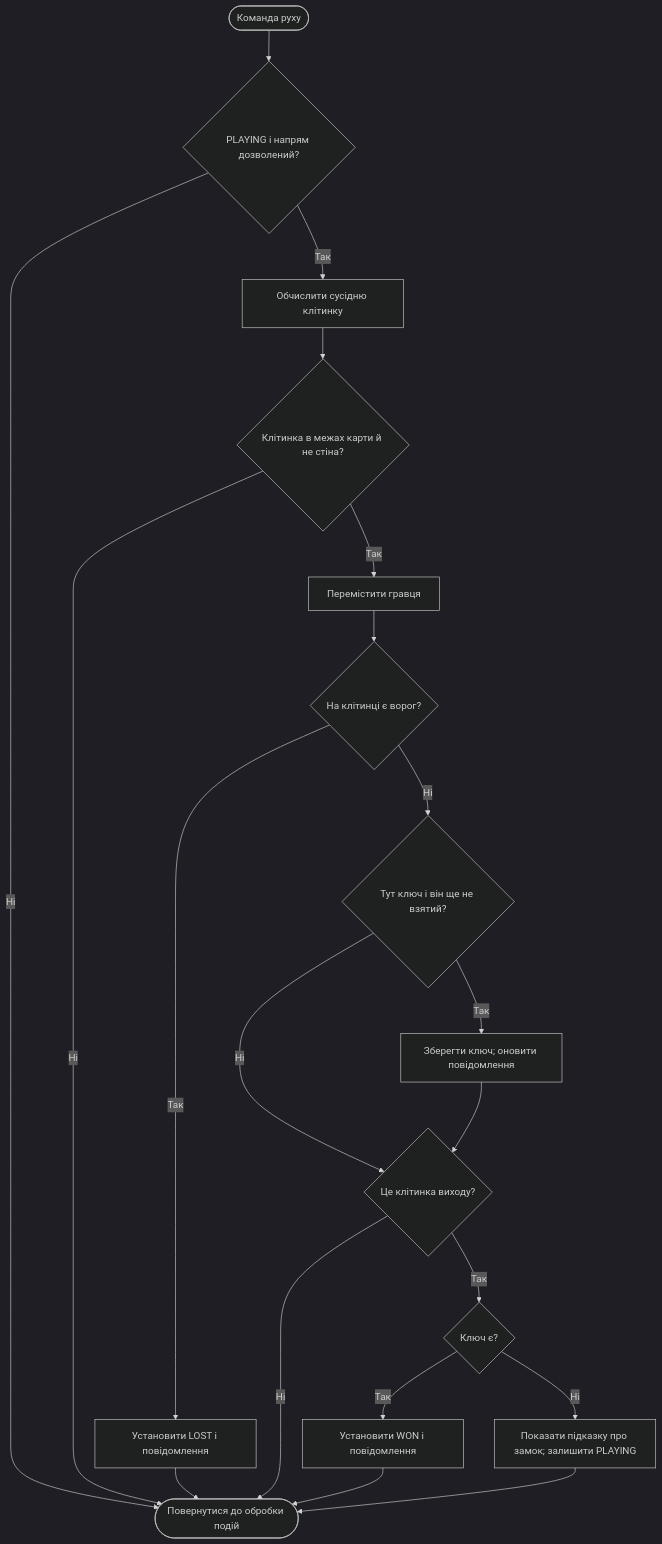
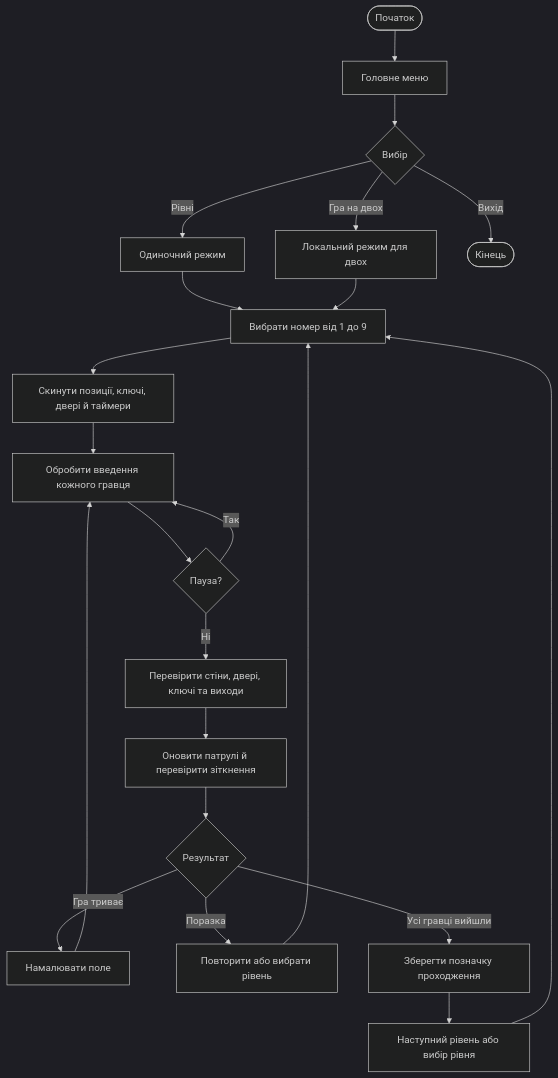
One commit to Quz1ro/Dungeon-Escape changed the first of 2 diagrams in docs/diagrams.md. Above: the diagram before and after it, drawn with Mermaid (dark theme). The commit also changed other lines of this file and 13 other files, not shown here.

````diff
--- a/docs/diagrams.md
+++ b/docs/diagrams.md
@@ -56,22 +3,24 @@
 ```mermaid
 flowchart TD
-    A([Команда руху]) --> B{PLAYING і напрям дозволений?}
-    B -- Ні --> Z([Повернутися до обробки подій])
-    B -- Так --> C[Обчислити сусідню клітинку]
-    C --> D{Клітинка в межах карти й не стіна?}
-    D -- Ні --> Z
-    D -- Так --> E[Перемістити гравця]
-    E --> F{На клітинці є ворог?}
-    F -- Так --> G[Установити LOST і повідомлення]
-    G --> Z
-    F -- Ні --> H{Тут ключ і він ще не взятий?}
-    H -- Так --> I[Зберегти ключ; оновити повідомлення]
-    H -- Ні --> J{Це клітинка виходу?}
-    I --> J
-    J -- Ні --> Z
-    J -- Так --> K{Ключ є?}
-    K -- Так --> L[Установити WON і повідомлення]
-    K -- Ні --> M[Показати підказку про замок; залишити PLAYING]
-    L --> Z
-    M --> Z
+    A([Початок]) --> B[Головне меню]
+    B --> C{Вибір}
+    C -->|Рівні| D[Одиночний режим]
+    C -->|Гра на двох| E[Локальний режим для двох]
+    C -->|Вихід| Z([Кінець])
+    D --> F[Вибрати номер від 1 до 9]
+    E --> F
+    F --> G[Скинути позиції, ключі, двері й таймери]
+    G --> H[Обробити введення кожного гравця]
+    H --> I{Пауза?}
+    I -->|Так| H
+    I -->|Ні| J[Перевірити стіни, двері, ключі та виходи]
+    J --> K[Оновити патрулі й перевірити зіткнення]
+    K --> L{Результат}
+    L -->|Гра триває| M[Намалювати поле]
+    M --> H
+    L -->|Поразка| N[Повторити або вибрати рівень]
+    N --> F
+    L -->|Усі гравці вийшли| O[Зберегти позначку проходження]
+    O --> P[Наступний рівень або вибір рівня]
+    P --> F
 ```
````
